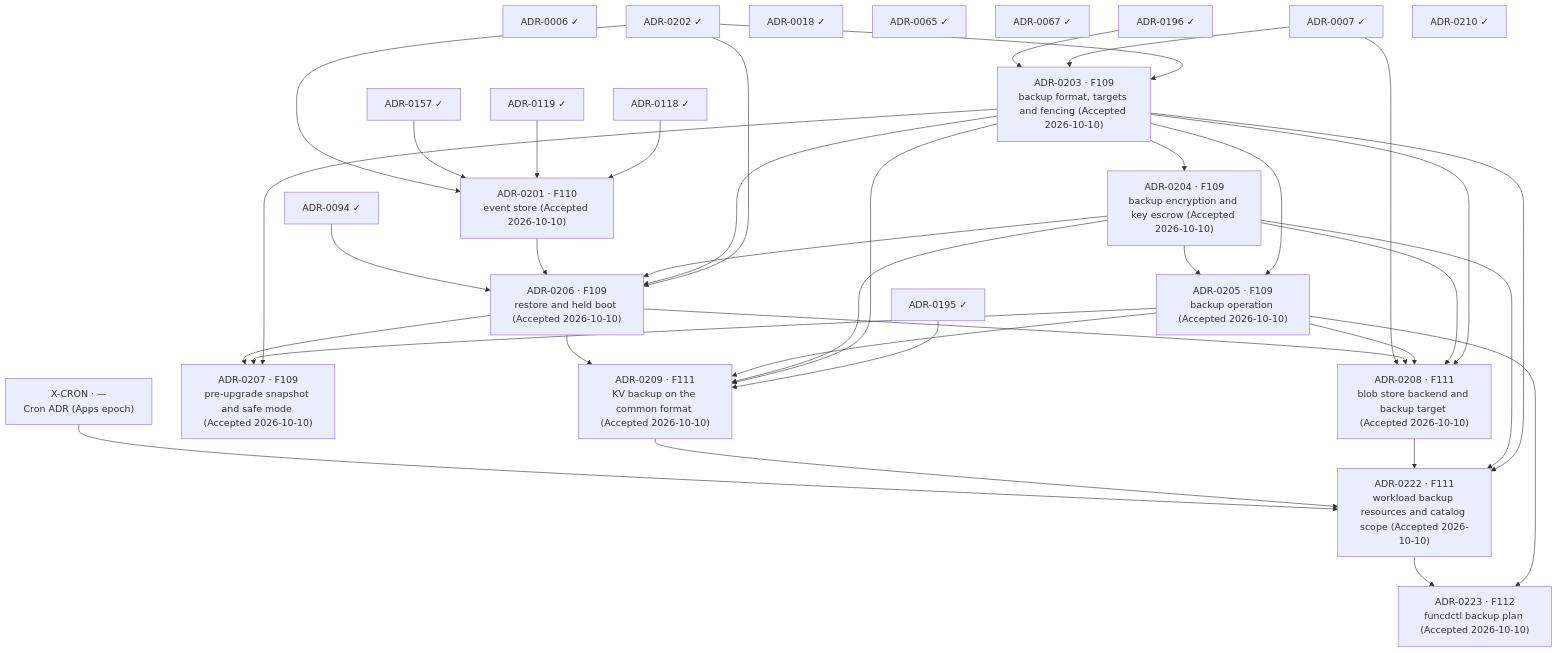
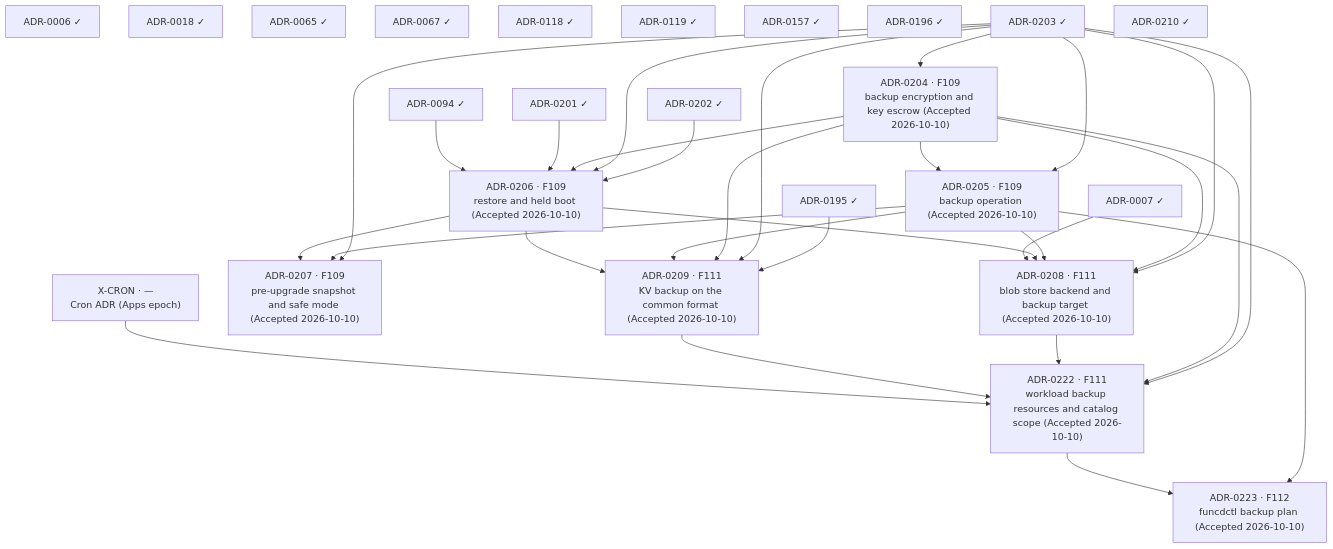
Before and after one commit to pyvvo/funcd: the diagram in docs/roadmap/dr-delivery-plan.md, drawn with Mermaid. The commit also changed other lines of this file and 4 other files, not shown here.

````diff
--- a/docs/roadmap/dr-delivery-plan.md
+++ b/docs/roadmap/dr-delivery-plan.md
@@ -71,63 +69,56 @@
 ```mermaid
 flowchart TB
     ADR_0006["ADR-0006 ✓"]
     ADR_0007["ADR-0007 ✓"]
     ADR_0018["ADR-0018 ✓"]
     ADR_0065["ADR-0065 ✓"]
     ADR_0067["ADR-0067 ✓"]
     ADR_0094["ADR-0094 ✓"]
     ADR_0118["ADR-0118 ✓"]
     ADR_0119["ADR-0119 ✓"]
     ADR_0157["ADR-0157 ✓"]
     ADR_0195["ADR-0195 ✓"]
     ADR_0196["ADR-0196 ✓"]
+    ADR_0201["ADR-0201 ✓"]
     ADR_0202["ADR-0202 ✓"]
+    ADR_0203["ADR-0203 ✓"]
     ADR_0210["ADR-0210 ✓"]
     X_CRON["X-CRON · —<br/>Cron ADR (Apps epoch)"]
-    ADR_0201["ADR-0201 · F110<br/>event store (Accepted 2026-10-10)"]
-    ADR_0203["ADR-0203 · F109<br/>backup format, targets and fencing (Accepted 2026-10-10)"]
     ADR_0204["ADR-0204 · F109<br/>backup encryption and key escrow (Accepted 2026-10-10)"]
     ADR_0205["ADR-0205 · F109<br/>backup operation (Accepted 2026-10-10)"]
     ADR_0206["ADR-0206 · F109<br/>restore and held boot (Accepted 2026-10-10)"]
     ADR_0207["ADR-0207 · F109<br/>pre-upgrade snapshot and safe mode (Accepted 2026-10-10)"]
     ADR_0208["ADR-0208 · F111<br/>blob store backend and backup target (Accepted 2026-10-10)"]
     ADR_0209["ADR-0209 · F111<br/>KV backup on the common format (Accepted 2026-10-10)"]
     ADR_0222["ADR-0222 · F111<br/>workload backup resources and catalog scope (Accepted 2026-10-10)"]
     ADR_0223["ADR-0223 · F112<br/>funcdctl backup plan (Accepted 2026-10-10)"]
 
-    ADR_0118 --> ADR_0201
-    ADR_0119 --> ADR_0201
-    ADR_0157 --> ADR_0201
-    ADR_0202 --> ADR_0201
-    ADR_0202 --> ADR_0203
-    ADR_0007 --> ADR_0203
-    ADR_0196 --> ADR_0203
     ADR_0203 --> ADR_0204
     ADR_0203 --> ADR_0205
     ADR_0204 --> ADR_0205
     ADR_0202 --> ADR_0206
     ADR_0203 --> ADR_0206
     ADR_0204 --> ADR_0206
     ADR_0201 --> ADR_0206
     ADR_0094 --> ADR_0206
     ADR_0203 --> ADR_0207
     ADR_0205 --> ADR_0207
     ADR_0206 --> ADR_0207
     ADR_0203 --> ADR_0208
     ADR_0204 --> ADR_0208
     ADR_0205 --> ADR_0208
     ADR_0206 --> ADR_0208
     ADR_0007 --> ADR_0208
     ADR_0195 --> ADR_0209
     ADR_0203 --> ADR_0209
     ADR_0204 --> ADR_0209
     ADR_0205 --> ADR_0209
     ADR_0206 --> ADR_0209
     ADR_0203 --> ADR_0222
     ADR_0204 --> ADR_0222
     ADR_0208 --> ADR_0222
     ADR_0209 --> ADR_0222
     X_CRON --> ADR_0222
     ADR_0205 --> ADR_0223
     ADR_0222 --> ADR_0223
 ```
````
